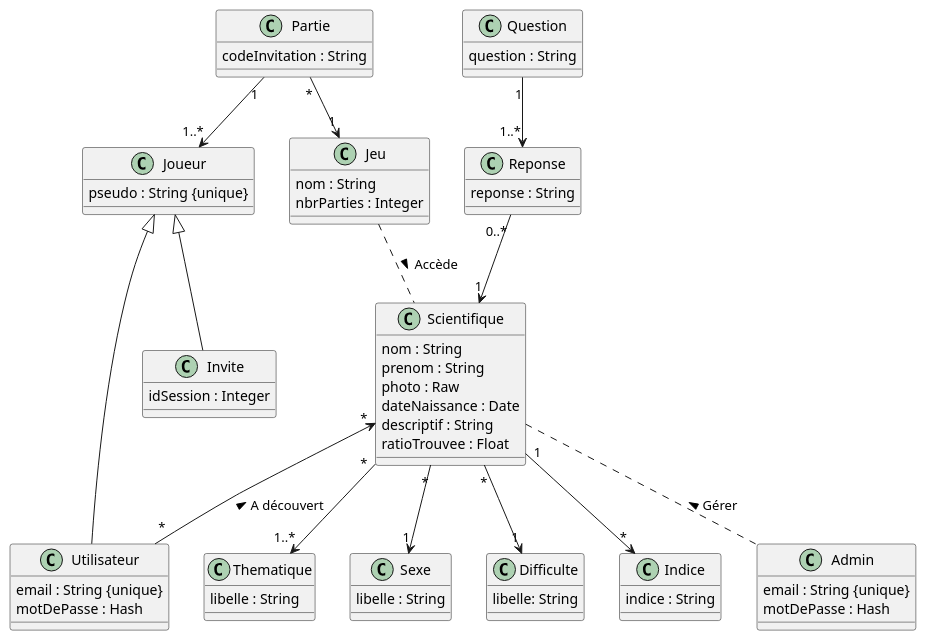
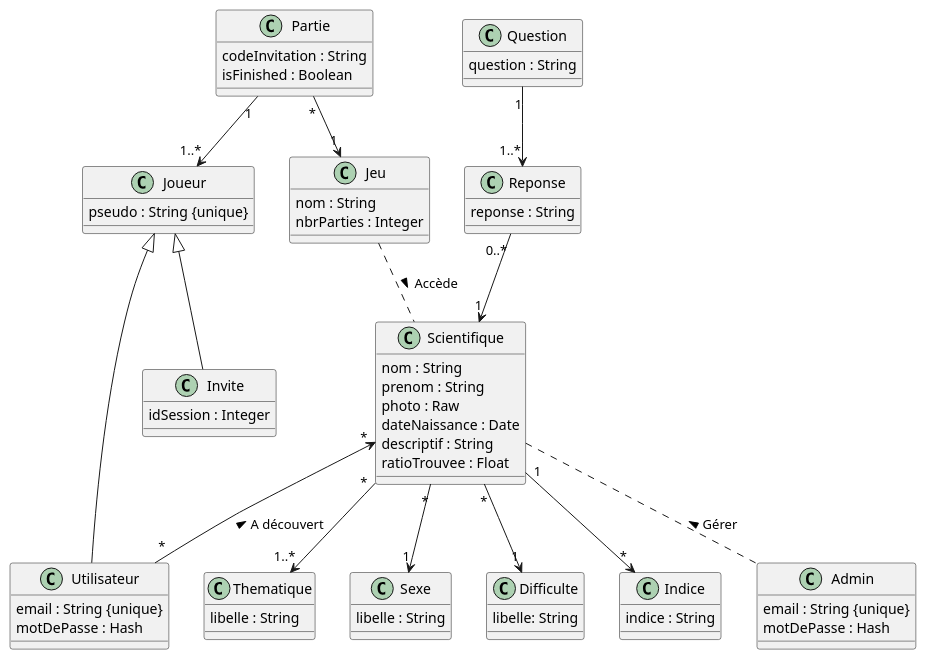
The diagram in project/Docs/classe/classDiagram.md (JdAlix/ScienceQuest), drawn with PlantUML before and after one commit.

Commit message:
Modification status partie

```diff
--- a/project/Docs/classe/classDiagram.md
+++ b/project/Docs/classe/classDiagram.md
@@ -76,6 +76,7 @@
 
 class Partie{
     codeInvitation : String
+    isFinished : Boolean
 }
 
 Partie "*" --> "1" Jeu
```
